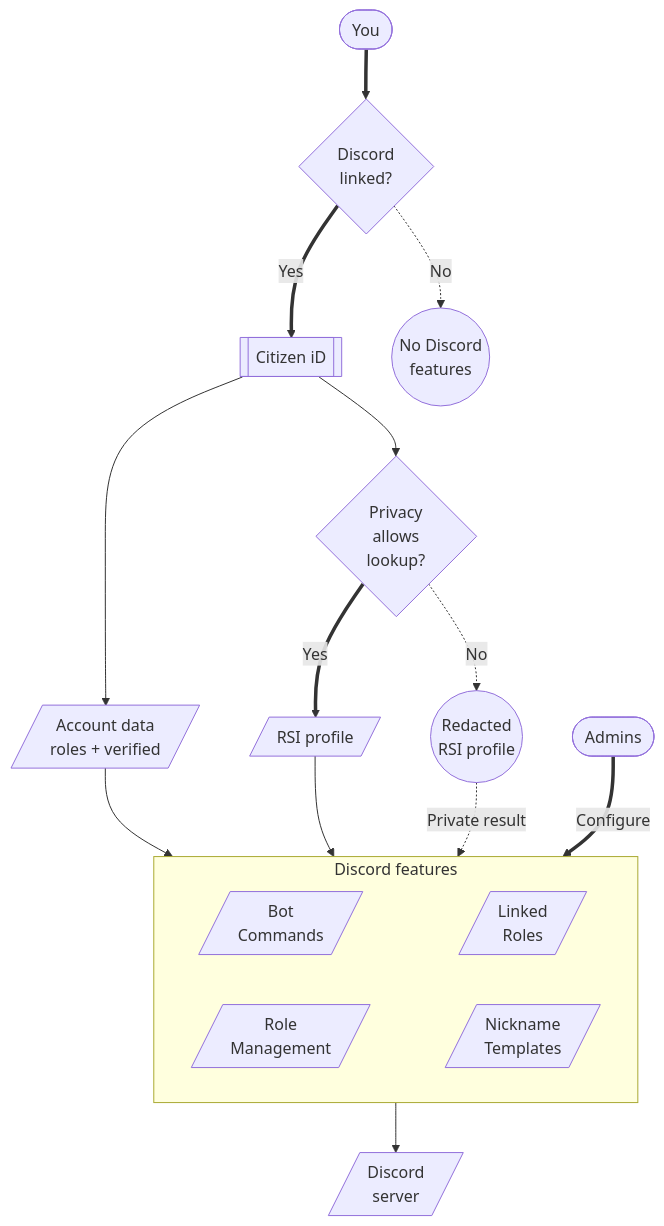
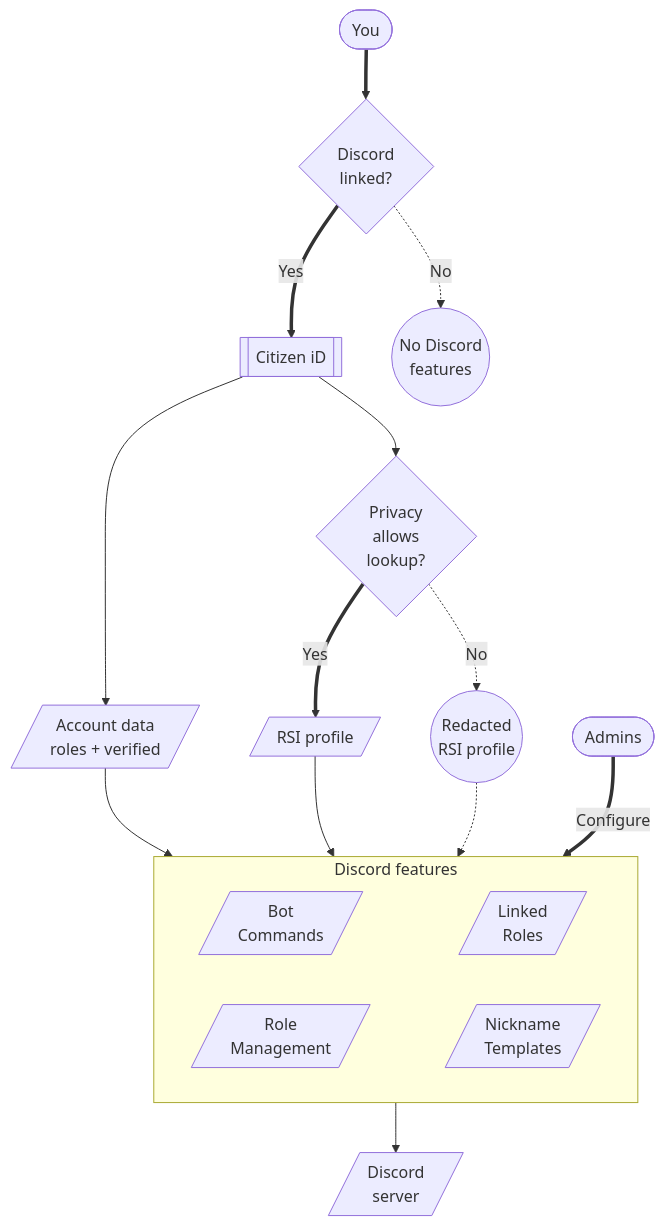
Before and after one commit to ArkanisCorporation/CitizenId-docs: the diagram in docs/players/discord-integrations.md, drawn with Mermaid. The commit also changed 7 other files, not shown here.

````diff
--- a/docs/players/discord-integrations.md
+++ b/docs/players/discord-integrations.md
@@ -28,51 +28,52 @@
 ```mermaid
 flowchart TD
   you(["You"])
   linkedDiscord{"Discord<br/>linked?"}
   cid[["Citizen iD"]]
   basicData[/Account data<br/>roles + verified/]
   lookupAllowed{"Privacy<br/>allows<br/>lookup?"}
   rsiData[/RSI profile/]
   redacted(("Redacted<br/>RSI profile"))
   noLink(("No Discord<br/>features"))
   admins(["Admins"])
   server[/"Discord<br/>server"/]
 
   subgraph features["Discord features"]
     direction LR
     botCommands[/"Bot<br>Commands"/]
     linkedRoles[/"Linked<br>Roles"/]
     roles[/"Role<br>Management"/]
     nicknameTemplates[/"Nickname<br>Templates"/]
   end
 
   you ==> linkedDiscord
   linkedDiscord -. "No" .-> noLink
   linkedDiscord ==>|Yes| cid
   cid --> basicData
   cid --> lookupAllowed
   lookupAllowed ==>|Yes| rsiData
   lookupAllowed -. "No" .-> redacted
 
   basicData --> features
   rsiData --> features
-  redacted -. "Private result" .-> features
+  redacted -.-> features
   features --> server
   admins ==>|Configure| features
 
   botCommands ~~~ linkedRoles
   roles ~~~ nicknameTemplates
 
   class you,members,admins actor;
   class server,linkedRoles,roles,nicknameTemplates,botCommands context;
   class cid service;
   class basicData,rsiData data;
   class linkedDiscord,lookupAllowed decision;
   class noLink,redacted blocked;
 
   click admins "/community-admins/" "Open Community Admin Guide" _self
   click server "/community-admins/discord-bot" "Open Discord Bot" _self
   click linkedRoles "#linked-roles" "Open Linked Roles" _self
+  click roles "/community-admins/role-assignments" "Open Role Assignments" _self
   click nicknameTemplates "/community-admins/nickname-management" "Open Nickname Management" _self
   click botCommands "/players/discord-integrations#player-commands" "Open Player Commands" _self
 ```
````
